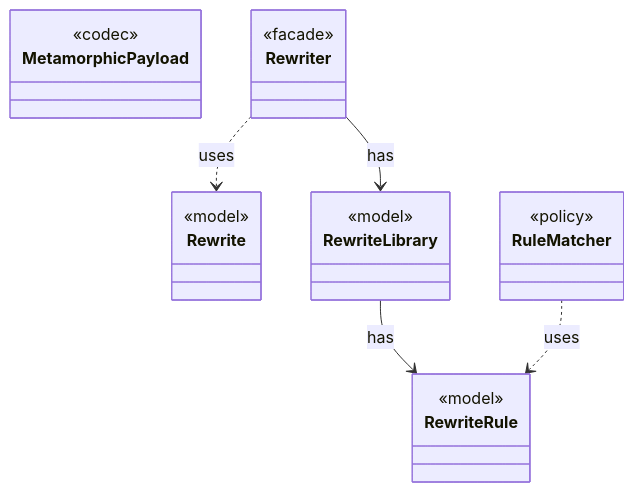
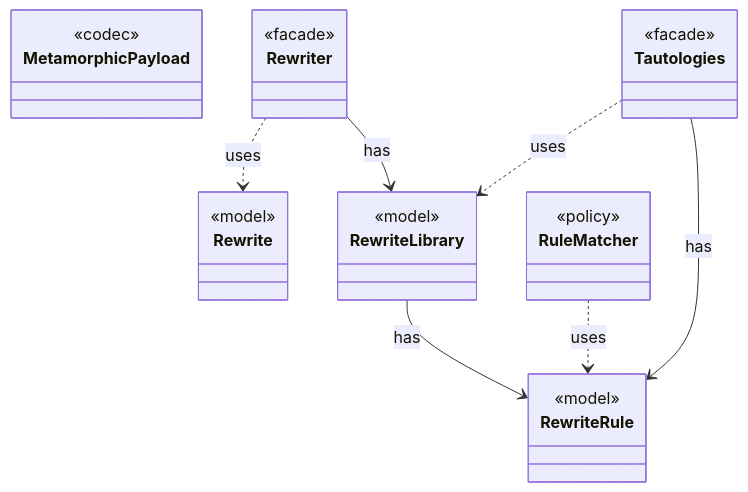
One commit to tlaplus/model-checker-hardening changed the seventh of 7 diagrams in dev/modules/gen.md. Above: the diagram before and after it, drawn with Mermaid. The commit also changed other lines of this file and 405 other files, not shown here.

````diff
--- a/dev/modules/gen.md
+++ b/dev/modules/gen.md
@@ -251,25 +252,30 @@
 ```mermaid
 classDiagram
   class MetamorphicPayload {
     <<codec>>
   }
   class Rewrite {
     <<model>>
   }
   class RewriteLibrary {
     <<model>>
   }
   class RewriteRule {
     <<model>>
   }
   class Rewriter {
     <<facade>>
   }
   class RuleMatcher {
     <<policy>>
   }
+  class Tautologies {
+    <<facade>>
+  }
   RewriteLibrary --> RewriteRule : has
   Rewriter ..> Rewrite : uses
   Rewriter --> RewriteLibrary : has
   RuleMatcher ..> RewriteRule : uses
+  Tautologies ..> RewriteLibrary : uses
+  Tautologies --> RewriteRule : has
 ```
````
